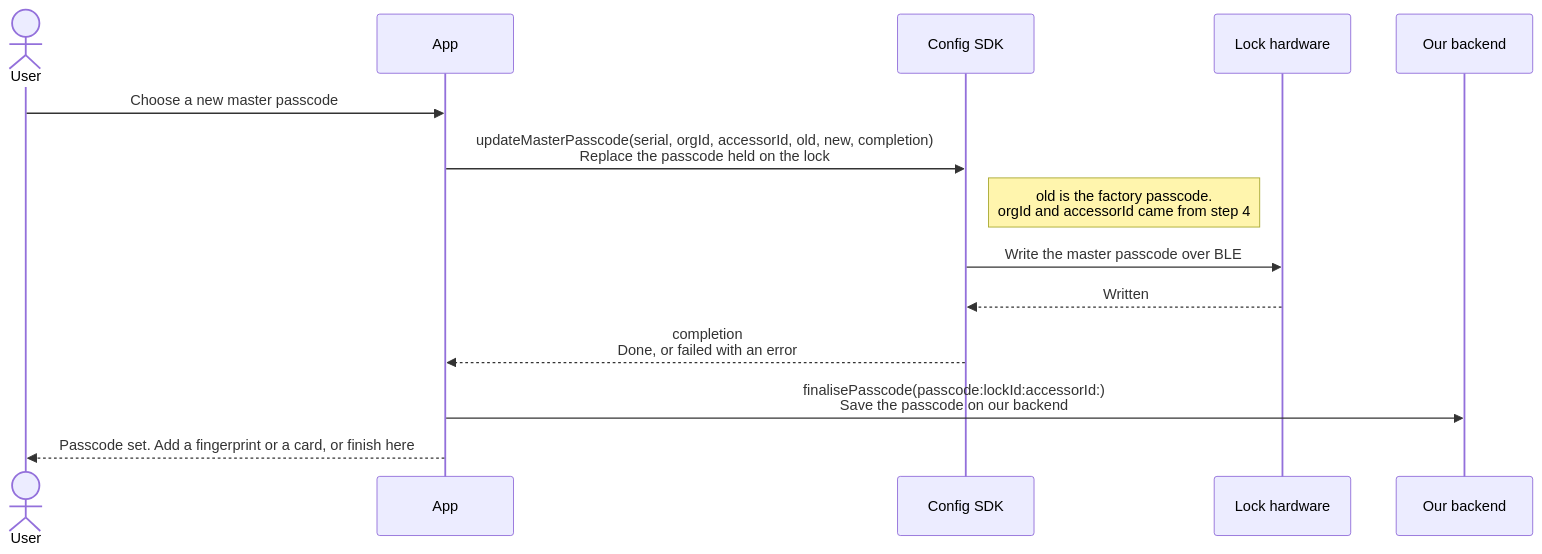
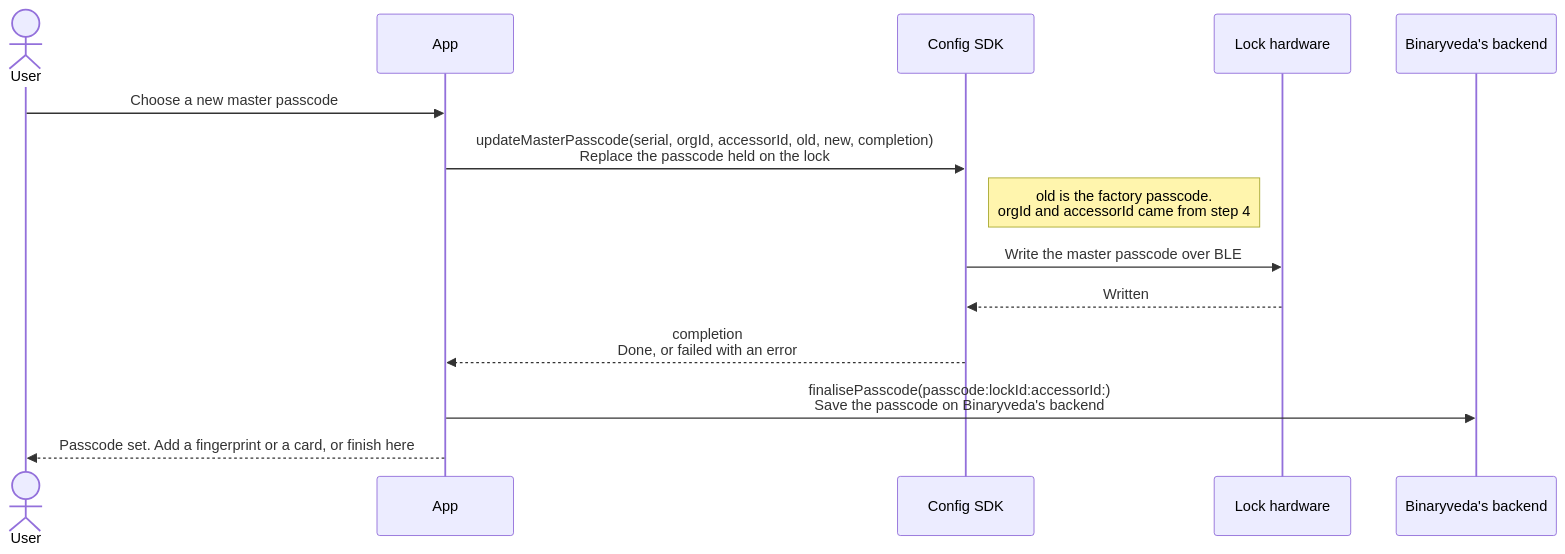
Diagram 11 of 16 in docs/lock-onboarding.md (Yash-Wadatkar-Binaryveda/sdk-docs-site), drawn with Mermaid before and after one commit. The commit also changed other lines of this file and 3 other files, not shown here.

First line of the commit message:
Update documentation to reflect Binaryveda's backend and clarify SDK interactions

````diff
--- a/docs/lock-onboarding.md
+++ b/docs/lock-onboarding.md
@@ -406,17 +430,17 @@
     ```mermaid
     sequenceDiagram
         actor U as User
         participant A as App
         participant C as Config SDK
         participant L as Lock hardware
-        participant B as Our backend
+        participant B as Binaryveda's backend
 
         U->>A: Choose a new master passcode
         A->>C: updateMasterPasscode(serial, orgId, accessorId, old, new, completion)<br/>Replace the passcode held on the lock
         Note right of C: old is the factory passcode.<br/>orgId and accessorId came from step 4
         C->>L: Write the master passcode over BLE
         L-->>C: Written
         C-->>A: completion<br/>Done, or failed with an error
-        A->>B: finalisePasscode(passcode:lockId:accessorId:)<br/>Save the passcode on our backend
+        A->>B: finalisePasscode(passcode:lockId:accessorId:)<br/>Save the passcode on Binaryveda's backend
         A-->>U: Passcode set. Add a fingerprint or a card, or finish here
     ```
````
